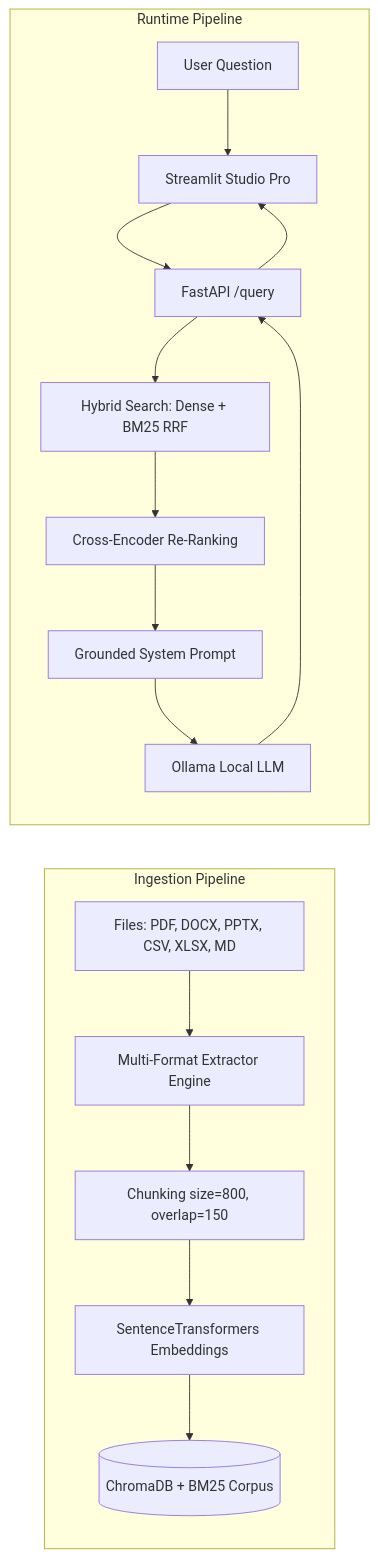
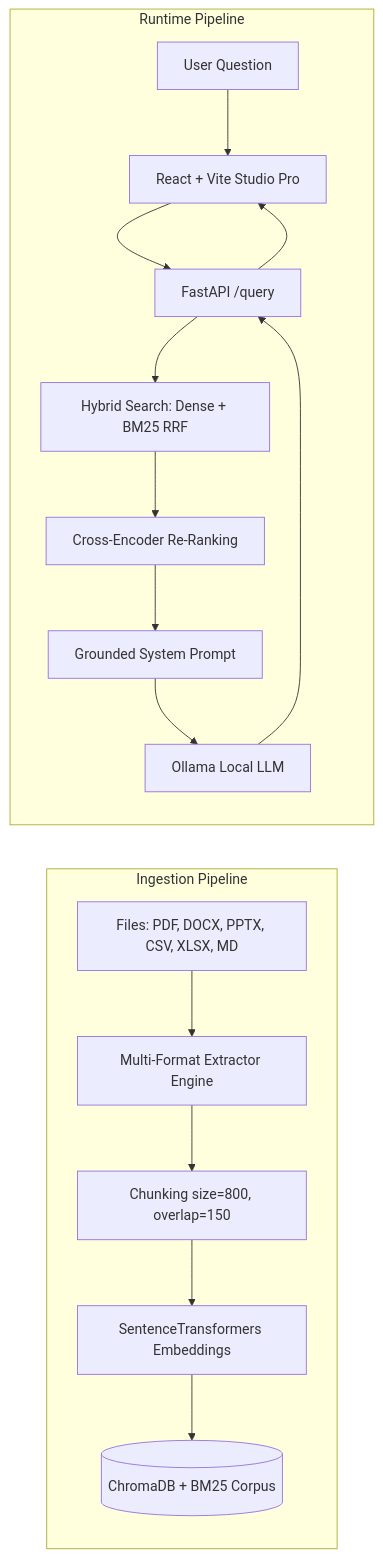
One commit to Ahmad-Salah-22/RAG-Powered-Document-Assistant- changed the diagram in README.md. Above: the diagram before and after it, drawn with Mermaid. The commit also changed other lines of this file and 39 other files, not shown here.

Commit message:
feat(frontend): migrate from Streamlit to React 19 + Vite Pro Studio

````diff
--- a/README.md
+++ b/README.md
@@ -25,20 +25,20 @@
 ```mermaid
 flowchart LR
     subgraph Ingestion Pipeline
         A[Files: PDF, DOCX, PPTX, CSV, XLSX, MD] --> B[Multi-Format Extractor Engine]
         B --> C[Chunking size=800, overlap=150]
         C --> D[SentenceTransformers Embeddings]
         D --> E[(ChromaDB + BM25 Corpus)]
     end
 
     subgraph Runtime Pipeline
-        F[User Question] --> G[Streamlit Studio Pro]
+        F[User Question] --> G[React + Vite Studio Pro]
         G --> H[FastAPI /query]
         H --> I[Hybrid Search: Dense + BM25 RRF]
         I --> J[Cross-Encoder Re-Ranking]
         J --> K[Grounded System Prompt]
         K --> L[Ollama Local LLM]
         L --> H
         H --> G
     end
 ```
````
